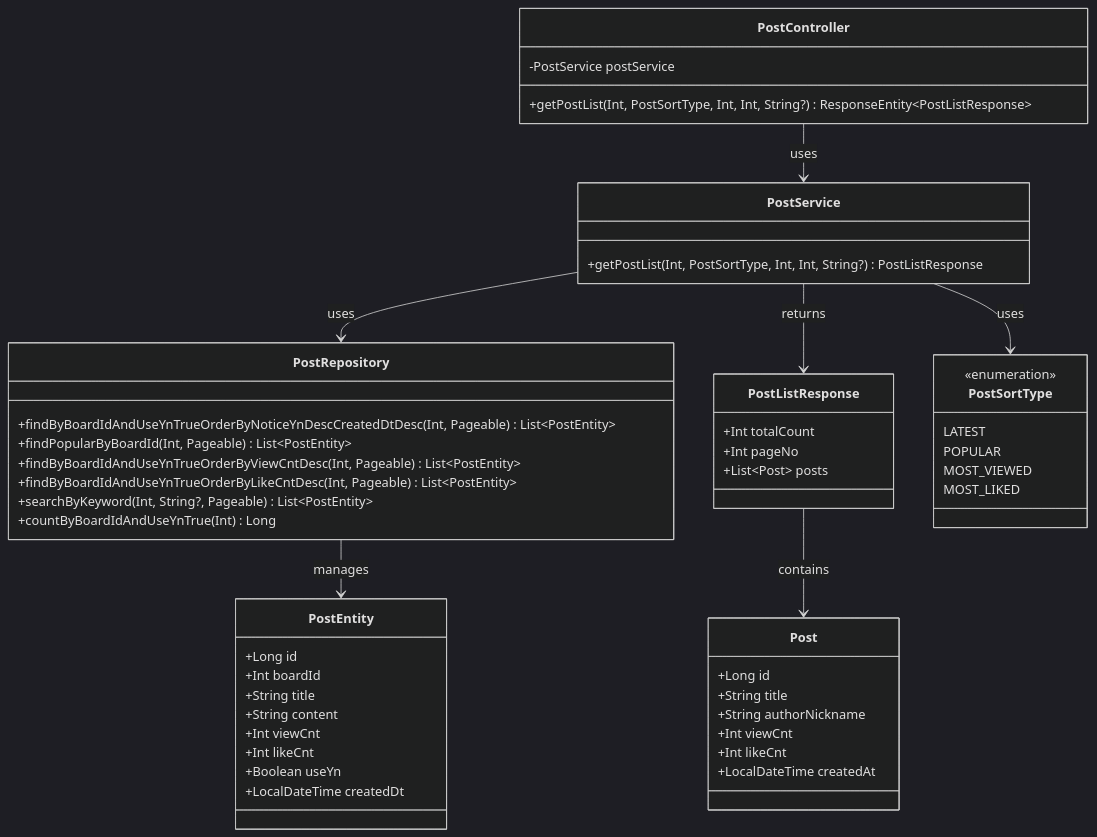
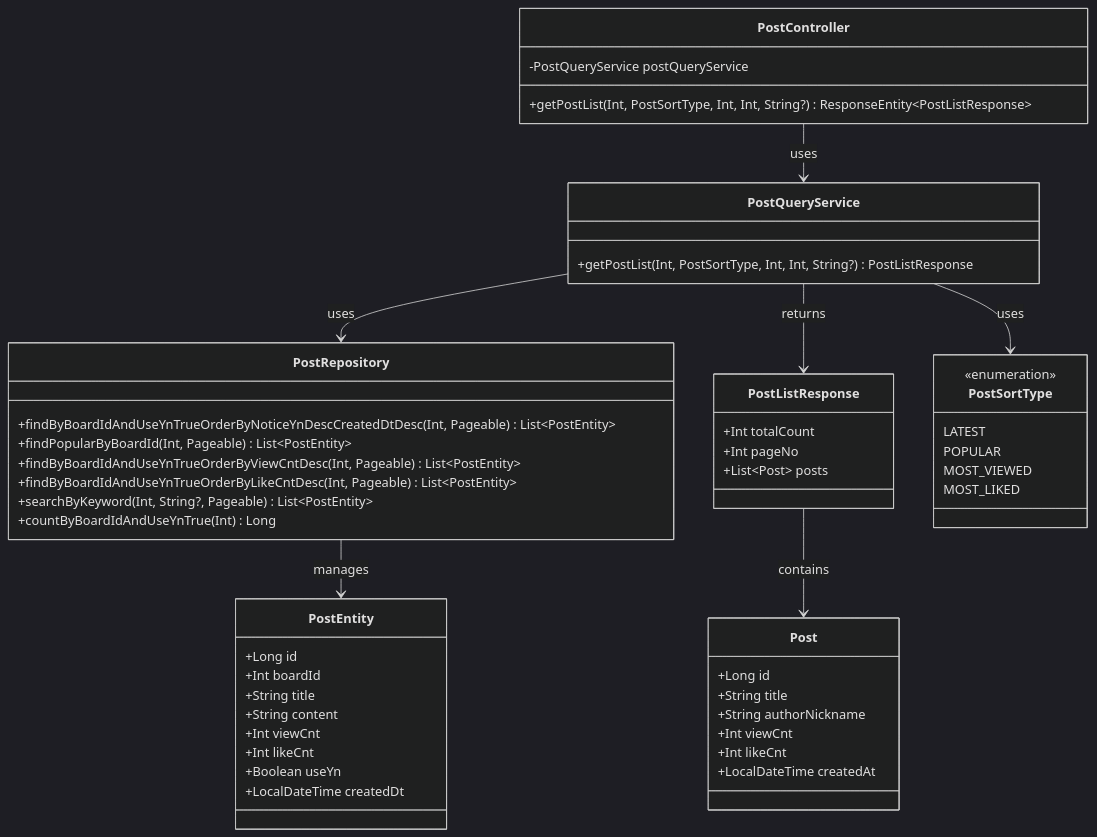
The diagram in doc/post/PostController/getPostList-class-diagram.md (RKS-t/JungleBook), drawn with Mermaid (dark theme) before and after one commit. The commit also changed 18 other files, not shown here.

First line of the commit message:
docs: update Mermaid charts for CQRS services

````diff
--- a/doc/post/PostController/getPostList-class-diagram.md
+++ b/doc/post/PostController/getPostList-class-diagram.md
@@ -3,61 +3,61 @@
 ```mermaid
 classDiagram
     class PostController {
-        -PostService postService
+        -PostQueryService postQueryService
         +getPostList(Int, PostSortType, Int, Int, String?) ResponseEntity~PostListResponse~
     }
     
-    class PostService {
+    class PostQueryService {
         +getPostList(Int, PostSortType, Int, Int, String?) PostListResponse
     }
     
     class PostRepository {
         +findByBoardIdAndUseYnTrueOrderByNoticeYnDescCreatedDtDesc(Int, Pageable) List~PostEntity~
         +findPopularByBoardId(Int, Pageable) List~PostEntity~
         +findByBoardIdAndUseYnTrueOrderByViewCntDesc(Int, Pageable) List~PostEntity~
         +findByBoardIdAndUseYnTrueOrderByLikeCntDesc(Int, Pageable) List~PostEntity~
         +searchByKeyword(Int, String?, Pageable) List~PostEntity~
         +countByBoardIdAndUseYnTrue(Int) Long
     }
     
     class PostEntity {
         +Long id
         +Int boardId
         +String title
         +String content
         +Int viewCnt
         +Int likeCnt
         +Boolean useYn
         +LocalDateTime createdDt
     }
     
     class PostListResponse {
         +Int totalCount
         +Int pageNo
         +List~Post~ posts
     }
     
     class Post {
         +Long id
         +String title
         +String authorNickname
         +Int viewCnt
         +Int likeCnt
         +LocalDateTime createdAt
     }
     
     class PostSortType {
         <<enumeration>>
         LATEST
         POPULAR
         MOST_VIEWED
         MOST_LIKED
     }
     
-    PostController --> PostService : uses
-    PostService --> PostRepository : uses
+    PostController --> PostQueryService : uses
+    PostQueryService --> PostRepository : uses
     PostRepository --> PostEntity : manages
-    PostService --> PostListResponse : returns
+    PostQueryService --> PostListResponse : returns
     PostListResponse --> Post : contains
-    PostService --> PostSortType : uses
+    PostQueryService --> PostSortType : uses
 ```
````
